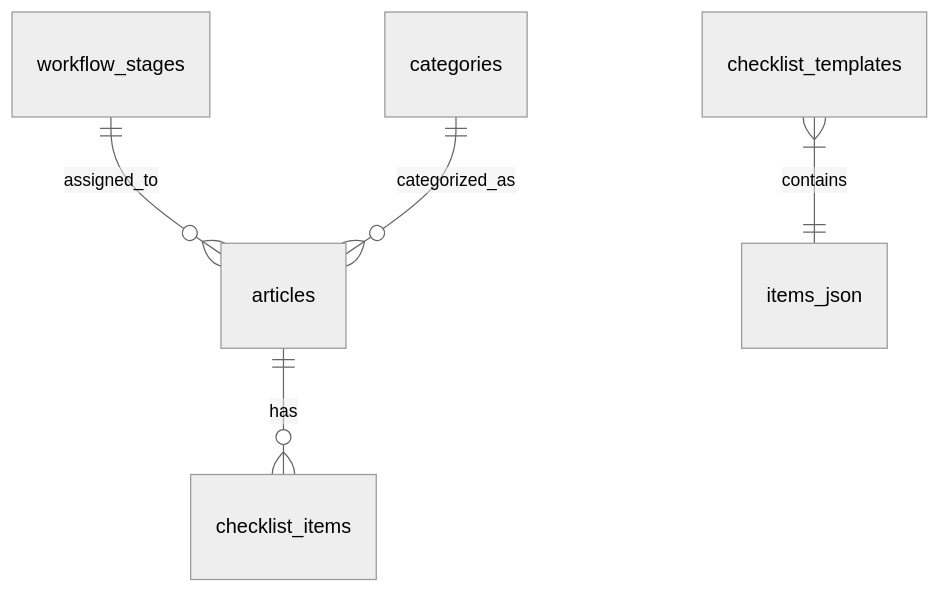
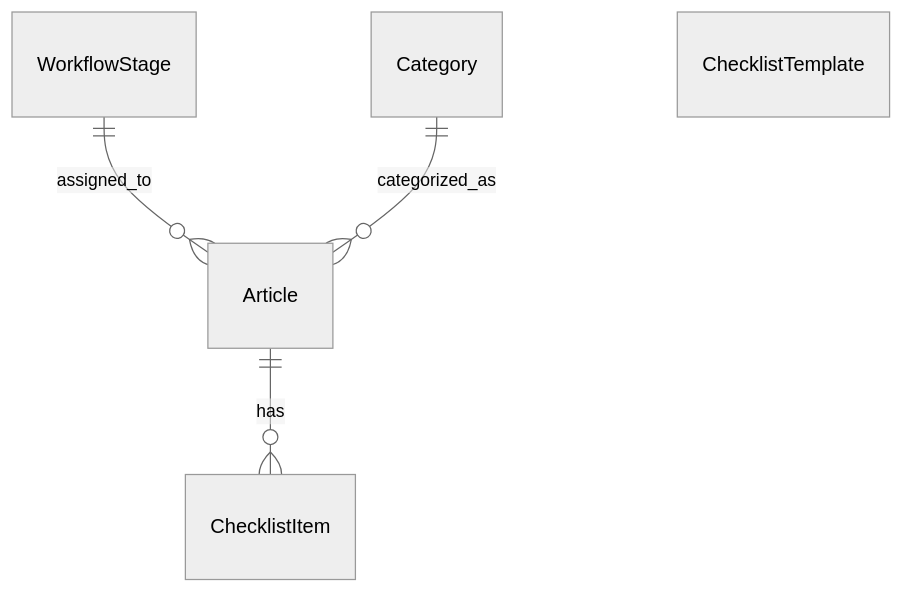
The second of 4 diagrams in docs/architecture/PHASE-6.4-SOFTWARE-DESIGN.md (jornalistainclusivo/retranca-os), drawn with Mermaid (neutral theme) before and after one commit. The commit also changed other lines of this file, not shown here.

````diff
--- a/docs/architecture/PHASE-6.4-SOFTWARE-DESIGN.md
+++ b/docs/architecture/PHASE-6.4-SOFTWARE-DESIGN.md
@@ -250,7 +259,7 @@
 ```mermaid
 erDiagram
-    articles ||--o{ checklist_items : has
-    workflow_stages ||--o{ articles : assigned_to
-    categories ||--o{ articles : categorized_as
-    checklist_templates }|--|| items_json : contains
+    Article ||--o{ ChecklistItem : has
+    WorkflowStage ||--o{ Article : assigned_to
+    Category ||--o{ Article : categorized_as
+    ChecklistTemplate
 ```
````
